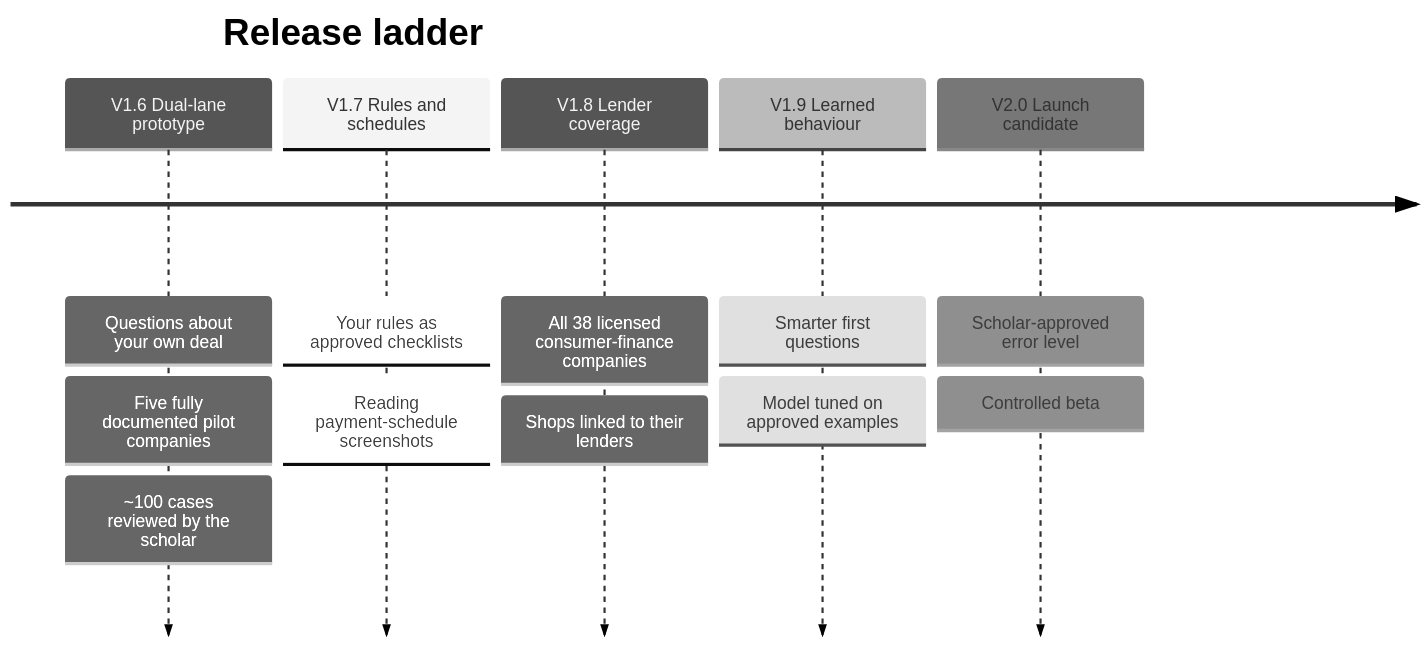
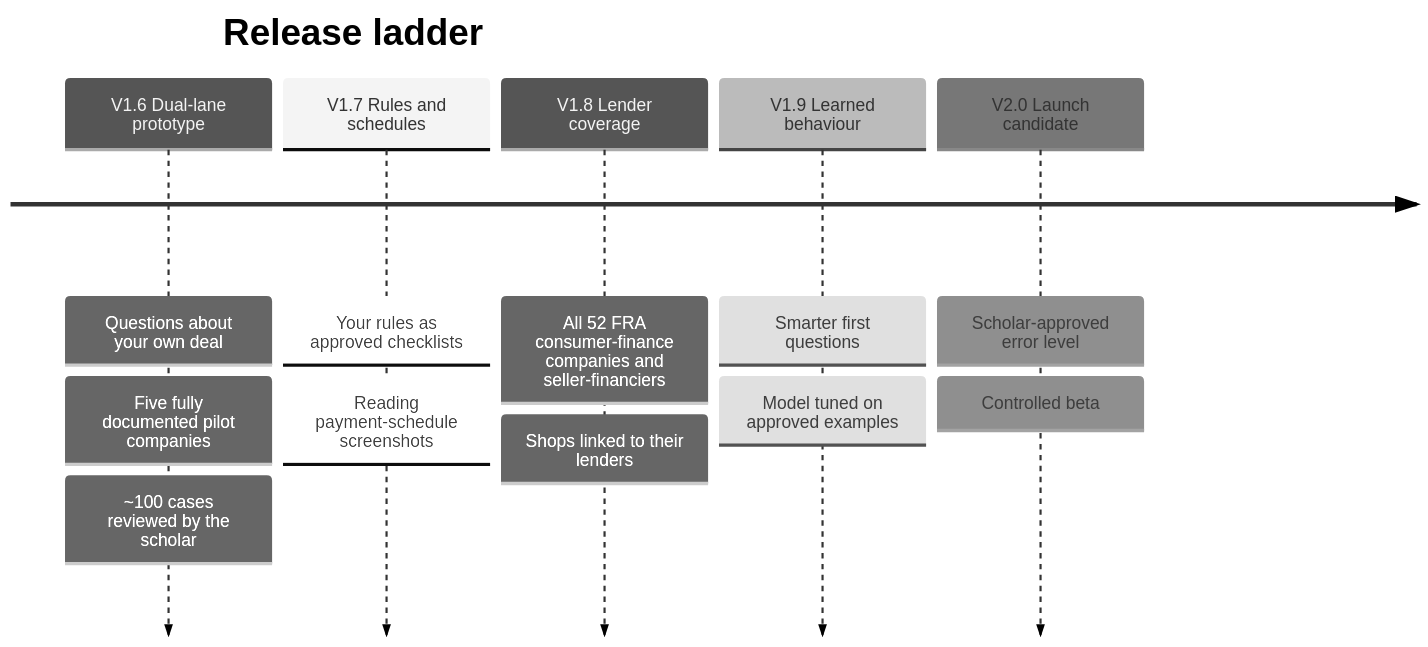
One commit to AhmedTElKodsh/Mushir-Sharia-Bot changed the eighth of 9 diagrams in .planning/sharia-compliance-chatbot/docs/client-guide.md. Above: the diagram before and after it, drawn with Mermaid (neutral theme). The commit also changed other lines of this file and 11 other files, not shown here.

````diff
--- a/.planning/sharia-compliance-chatbot/docs/client-guide.md
+++ b/.planning/sharia-compliance-chatbot/docs/client-guide.md
@@ -279,15 +290,15 @@
 ```mermaid
 timeline
     title Release ladder
     V1.6 Dual-lane prototype : Questions about your own deal
                              : Five fully documented pilot companies
                              : ~100 cases reviewed by the scholar
     V1.7 Rules and schedules : Your rules as approved checklists
                              : Reading payment-schedule screenshots
-    V1.8 Lender coverage : All 38 licensed consumer-finance companies
+    V1.8 Lender coverage : All 52 FRA consumer-finance companies and seller-financiers
                          : Shops linked to their lenders
     V1.9 Learned behaviour : Smarter first questions
                            : Model tuned on approved examples
     V2.0 Launch candidate : Scholar-approved error level
                           : Controlled beta
 ```
````
